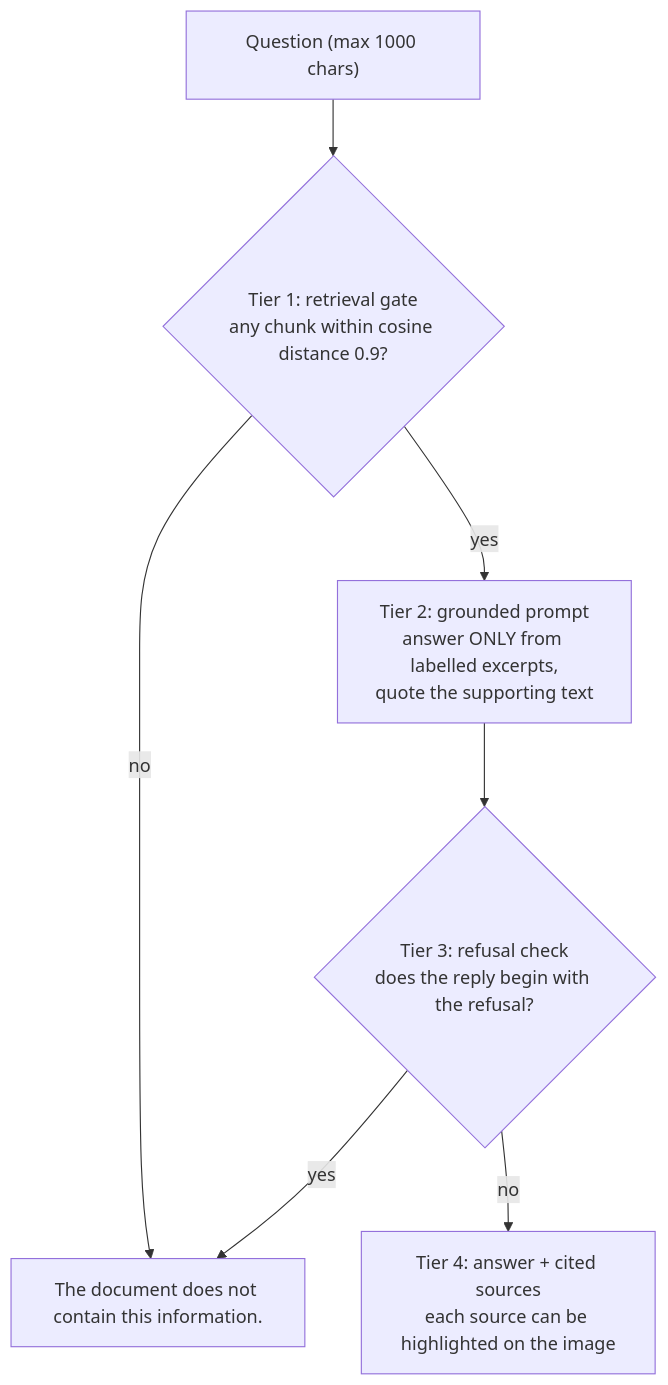
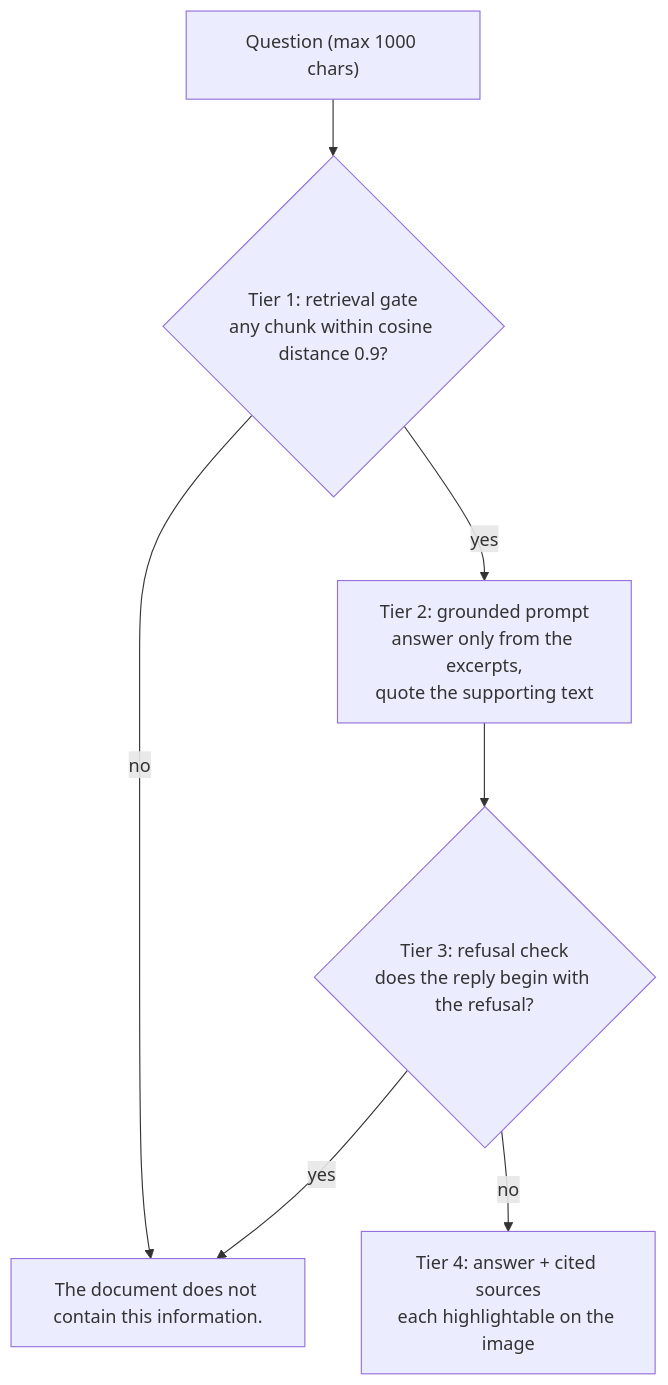
One commit to DeeprajR/dl-reader changed the second of 2 diagrams in README.md. Above: the diagram before and after it, drawn with Mermaid. The commit also changed other lines of this file, not shown here.

````diff
--- a/README.md
+++ b/README.md
@@ -53,9 +51,9 @@
 ```mermaid
 flowchart TD
     Q["Question (max 1000 chars)"] --> T1{"Tier 1: retrieval gate<br/>any chunk within cosine distance 0.9?"}
     T1 -- no --> REF["The document does not contain this information."]
-    T1 -- yes --> T2["Tier 2: grounded prompt<br/>answer ONLY from labelled excerpts,<br/>quote the supporting text"]
+    T1 -- yes --> T2["Tier 2: grounded prompt<br/>answer only from the excerpts,<br/>quote the supporting text"]
     T2 --> T3{"Tier 3: refusal check<br/>does the reply begin with the refusal?"}
     T3 -- yes --> REF
-    T3 -- no --> T4["Tier 4: answer + cited sources<br/>each source can be highlighted on the image"]
+    T3 -- no --> T4["Tier 4: answer + cited sources<br/>each highlightable on the image"]
 ```
````
